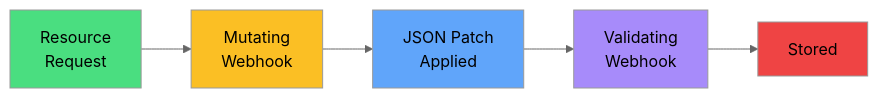
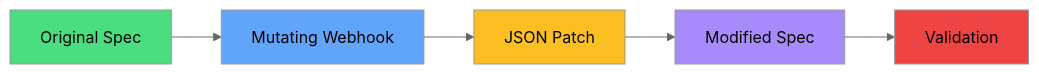
Before and after one commit to courselabs/kubernetes: the fourth of 8 diagrams in slides/admission/slides.md, drawn with Mermaid (neutral theme). The commit also changed other lines of this file and 7 other files, not shown here.

````diff
--- a/slides/admission/slides.md
+++ b/slides/admission/slides.md
@@ -186,12 +230,12 @@
 ```mermaid
 graph LR
-    R[Resource<br/>Request] --> M[Mutating<br/>Webhook]
-    M --> P[JSON Patch<br/>Applied]
-    P --> V[Validating<br/>Webhook]
-    V --> E[Stored]
-    style R fill:#4ade80
-    style M fill:#fbbf24
-    style P fill:#60a5fa
-    style V fill:#a78bfa
-    style E fill:#ef4444
+    P[Original Spec] --> M[Mutating Webhook]
+    M --> JP[JSON Patch]
+    JP --> P2[Modified Spec]
+    P2 --> V[Validation]
+    style P fill:#4ade80
+    style M fill:#60a5fa
+    style JP fill:#fbbf24
+    style P2 fill:#a78bfa
+    style V fill:#ef4444
 ```
````
